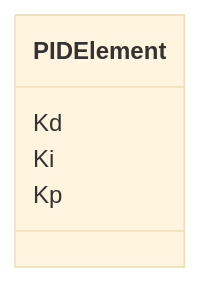
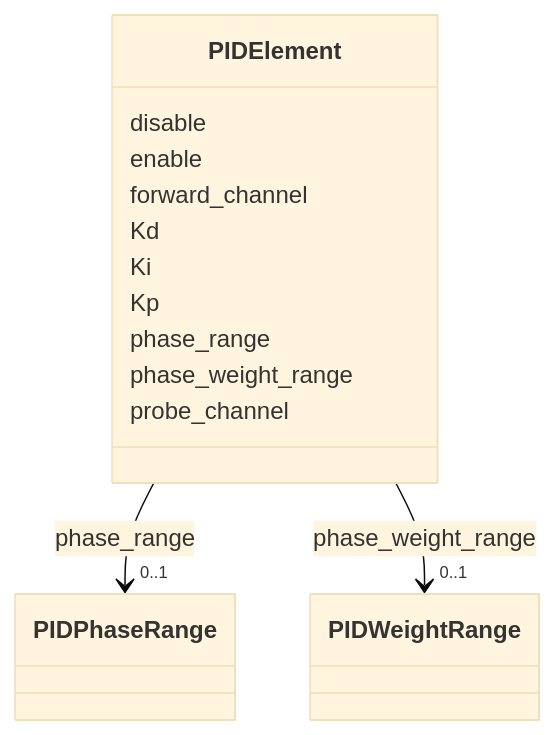
Before and after one commit to astec-stfc/laura: the diagram in docs/source/schema/PIDElement.md, drawn with Mermaid (base theme). The commit also changed other lines of this file and 330 other files, not shown here.

Commit message:
Rationalising the schema and objects

````diff
--- a/docs/source/schema/PIDElement.md
+++ b/docs/source/schema/PIDElement.md
@@ -23,12 +23,42 @@
 ```mermaid
  classDiagram
     class PIDElement
     click PIDElement href "../PIDElement/"
+      PIDElement : disable
+        
+      PIDElement : enable
+        
+      PIDElement : forward_channel
+        
       PIDElement : Kd
         
       PIDElement : Ki
         
       PIDElement : Kp
         
+      PIDElement : phase_range
+        
+          
+    
+        
+        
+        PIDElement --> "0..1" PIDPhaseRange : phase_range
+        click PIDPhaseRange href "../PIDPhaseRange/"
+    
+
+        
+      PIDElement : phase_weight_range
+        
+          
+    
+        
+        
+        PIDElement --> "0..1" PIDWeightRange : phase_weight_range
+        click PIDWeightRange href "../PIDWeightRange/"
+    
+
+        
+      PIDElement : probe_channel
+        
       
 ```
````
